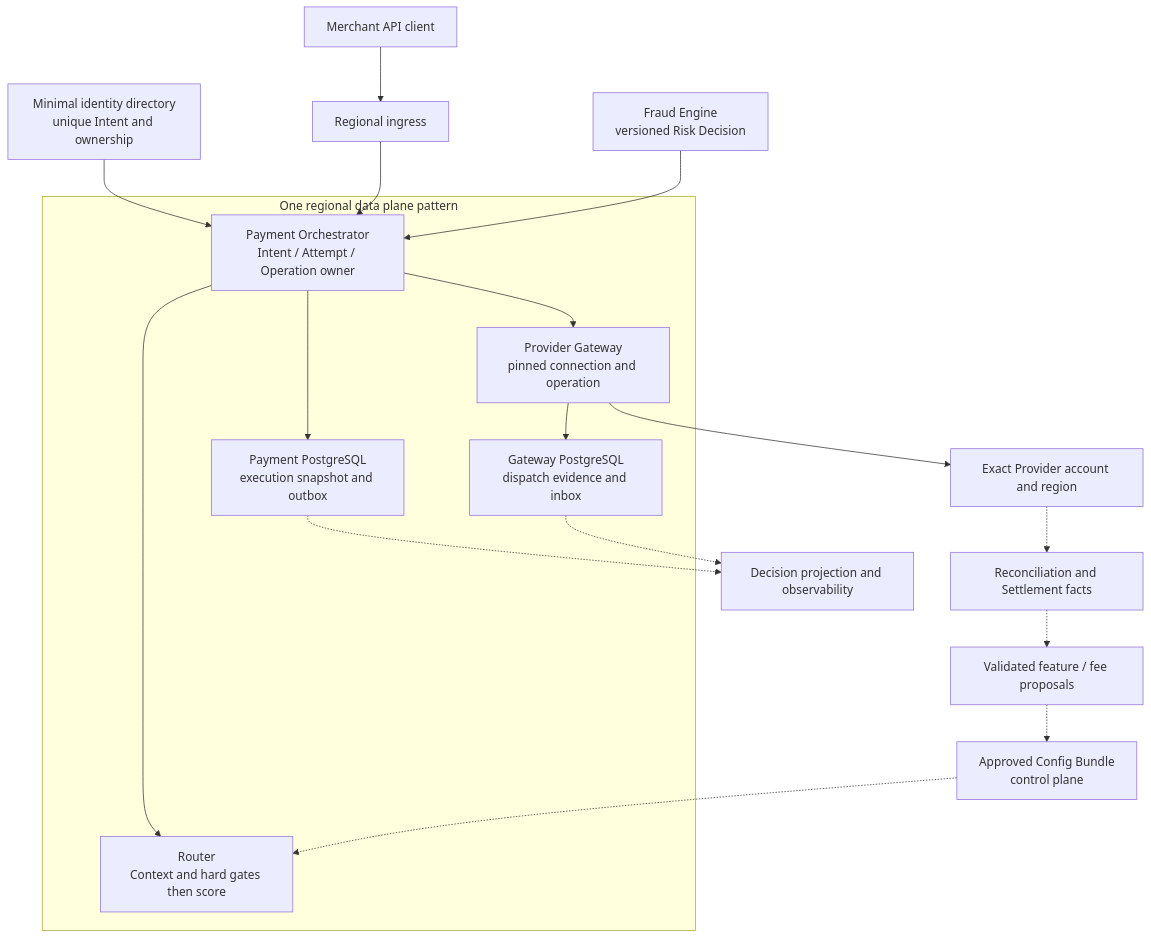
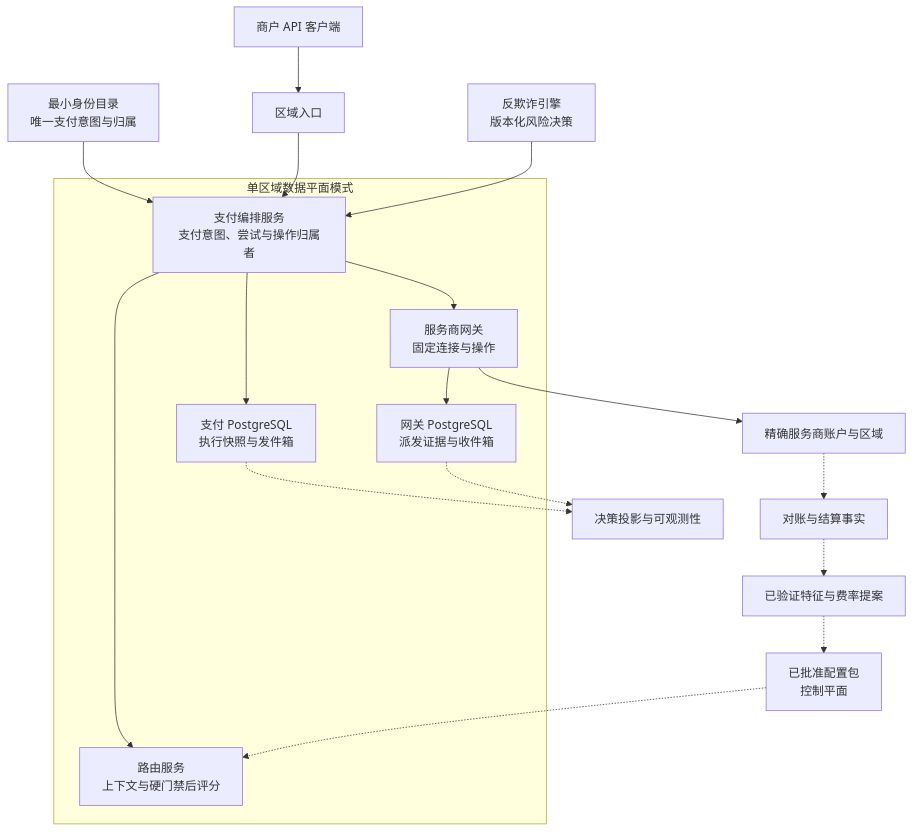
Before and after one commit to YouEclipse/Designing-Modern-Payment-Systems: the first of 5 diagrams in part-6-case-study/global-payment-routing-platform.md, drawn with Mermaid. The commit also changed other lines of this file and 59 other files, not shown here.

````diff
--- a/part-6-case-study/global-payment-routing-platform.md
+++ b/part-6-case-study/global-payment-routing-platform.md
@@ -233,20 +233,20 @@
 ```mermaid
 flowchart TB
-    Merchant["Merchant API client"] --> Ingress["Regional ingress"]
-    Directory["Minimal identity directory<br/>unique Intent and ownership"] --> Payment
+    Merchant["商户 API 客户端"] --> Ingress["区域入口"]
+    Directory["最小身份目录<br/>唯一支付意图与归属"] --> Payment
     Ingress --> Payment
-    subgraph Region["One regional data plane pattern"]
-        Payment["Payment Orchestrator<br/>Intent / Attempt / Operation owner"] --> Router["Router<br/>Context and hard gates then score"]
-        Payment --> PDB["Payment PostgreSQL<br/>execution snapshot and outbox"]
-        Payment --> Gateway["Provider Gateway<br/>pinned connection and operation"]
-        Gateway --> GDB["Gateway PostgreSQL<br/>dispatch evidence and inbox"]
+    subgraph Region["单区域数据平面模式"]
+        Payment["支付编排服务<br/>支付意图、尝试与操作归属者"] --> Router["路由服务<br/>上下文与硬门禁后评分"]
+        Payment --> PDB["支付 PostgreSQL<br/>执行快照与发件箱"]
+        Payment --> Gateway["服务商网关<br/>固定连接与操作"]
+        Gateway --> GDB["网关 PostgreSQL<br/>派发证据与收件箱"]
     end
-    Risk["Fraud Engine<br/>versioned Risk Decision"] --> Payment
-    Config["Approved Config Bundle<br/>control plane"] -.-> Router
-    Gateway --> Provider["Exact Provider account and region"]
-    PDB -.-> Evidence["Decision projection and observability"]
+    Risk["反欺诈引擎<br/>版本化风险决策"] --> Payment
+    Config["已批准配置包<br/>控制平面"] -.-> Router
+    Gateway --> Provider["精确服务商账户与区域"]
+    PDB -.-> Evidence["决策投影与可观测性"]
     GDB -.-> Evidence
-    Provider -.-> Feedback["Reconciliation and Settlement facts"]
-    Feedback -.-> Proposal["Validated feature / fee proposals"]
+    Provider -.-> Feedback["对账与结算事实"]
+    Feedback -.-> Proposal["已验证特征与费率提案"]
     Proposal -.-> Config
 ```
````
